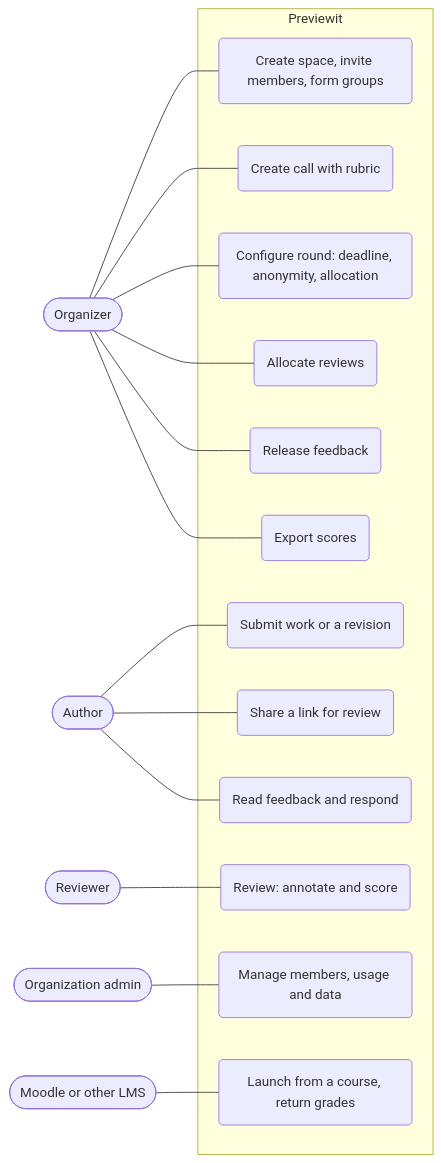
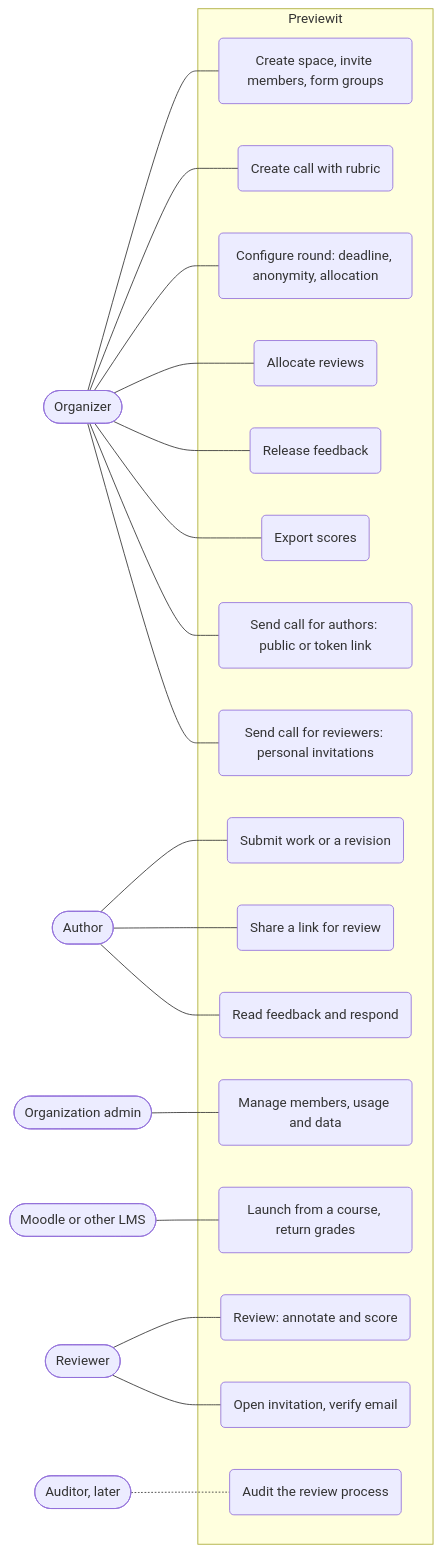
Before and after one commit to jaateixeira/prreview.it: the diagram in docs/uml/use-cases.md, drawn with Mermaid. The commit also changed other lines of this file and 7 other files, not shown here.

````diff
--- a/docs/uml/use-cases.md
+++ b/docs/uml/use-cases.md
@@ -5,29 +5,35 @@
 ```mermaid
 flowchart LR
     ORG([Organizer])
     AUT([Author])
     REV([Reviewer])
+    AUD([Auditor, later])
     ADM([Organization admin])
     LMS([Moodle or other LMS])
 
     subgraph Previewit
         UC1("Create space, invite members, form groups")
         UC2("Create call with rubric")
         UC3("Configure round: deadline, anonymity, allocation")
         UC4("Allocate reviews")
         UC5("Release feedback")
         UC6("Export scores")
         UC7("Submit work or a revision")
         UC8("Share a link for review")
         UC9("Read feedback and respond")
         UC10("Review: annotate and score")
         UC11("Manage members, usage and data")
         UC12("Launch from a course, return grades")
+        UC13("Send call for authors: public or token link")
+        UC14("Send call for reviewers: personal invitations")
+        UC15("Open invitation, verify email")
+        UC16("Audit the review process")
     end
 
-    ORG --- UC1 & UC2 & UC3 & UC4 & UC5 & UC6
+    ORG --- UC1 & UC2 & UC3 & UC4 & UC5 & UC6 & UC13 & UC14
     AUT --- UC7 & UC8 & UC9
-    REV --- UC10
+    REV --- UC10 & UC15
+    AUD -.- UC16
     ADM --- UC11
     LMS --- UC12
 ```
````
